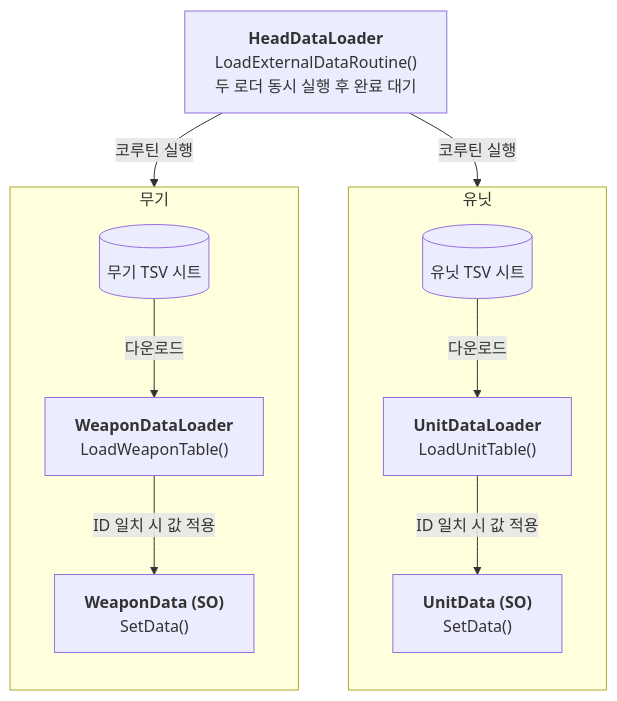
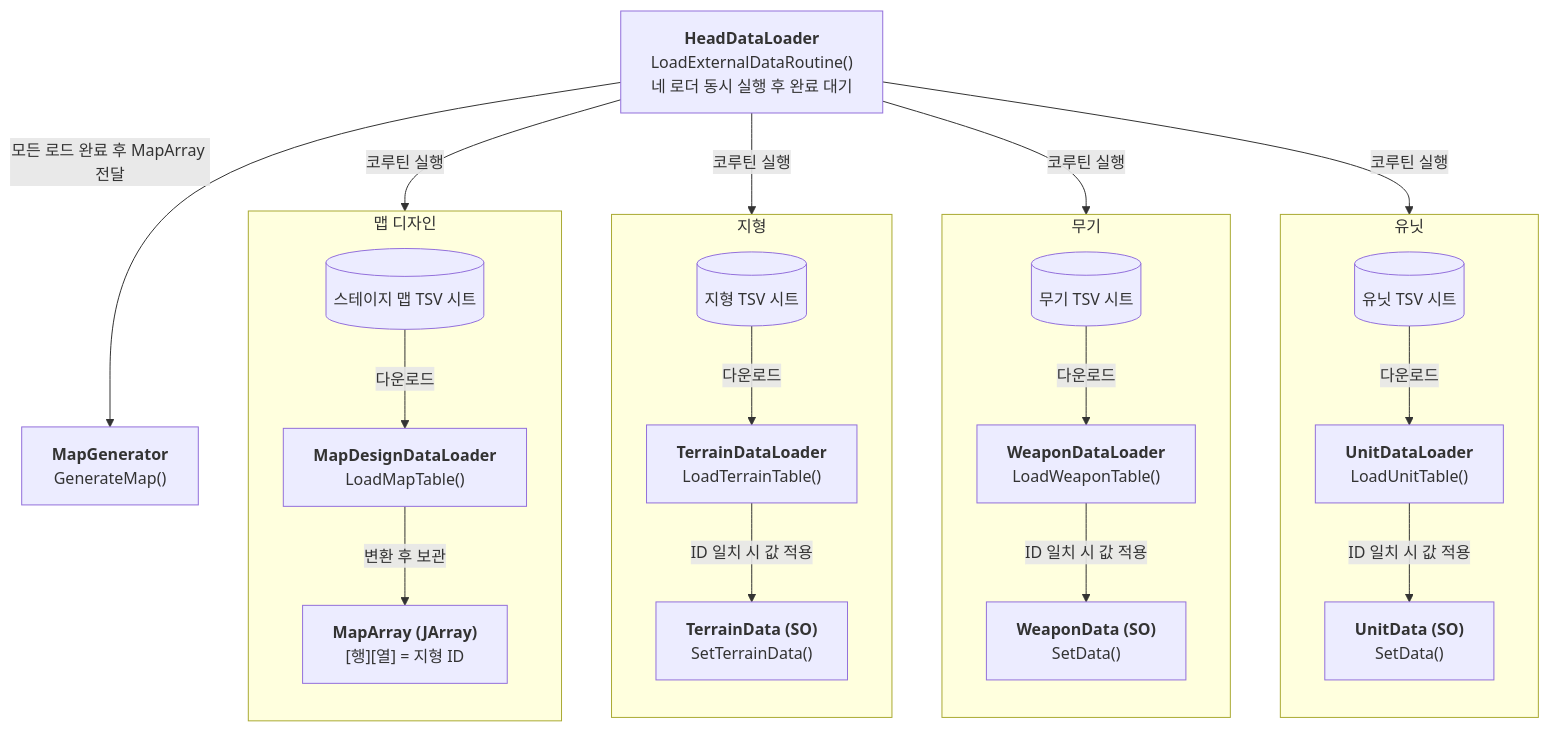
Before and after one commit to jayy5288sk/PersonalProject: the first of 5 diagrams in Docs/ImplementDocs/Diagram.md, drawn with Mermaid. The commit also changed other lines of this file and 3 other files, not shown here.

Commit message:
[Docs] 기술 문서 갱신 및 다이어그램 수정

````diff
--- a/Docs/ImplementDocs/Diagram.md
+++ b/Docs/ImplementDocs/Diagram.md
@@ -8,25 +8,48 @@
 ```mermaid
 flowchart TB
-    Head["<b>HeadDataLoader</b><br/>LoadExternalDataRoutine()<br/>두 로더 동시 실행 후 완료 대기"]
+    Head["<b>HeadDataLoader</b><br/>LoadExternalDataRoutine()<br/>네 로더 동시 실행 후 완료 대기"]
 
     subgraph Unit["유닛"]
         direction TB
         UnitSheet[("유닛 TSV 시트")]
         UnitLoader["<b>UnitDataLoader</b><br/>LoadUnitTable()"]
         UnitSO["<b>UnitData (SO)</b><br/>SetData()"]
         UnitSheet -->|다운로드| UnitLoader
         UnitLoader -->|ID 일치 시 값 적용| UnitSO
     end
 
     subgraph Weapon["무기"]
         direction TB
         WeaponSheet[("무기 TSV 시트")]
         WeaponLoader["<b>WeaponDataLoader</b><br/>LoadWeaponTable()"]
         WeaponSO["<b>WeaponData (SO)</b><br/>SetData()"]
         WeaponSheet -->|다운로드| WeaponLoader
         WeaponLoader -->|ID 일치 시 값 적용| WeaponSO
     end
 
+    subgraph Terrain["지형"]
+        direction TB
+        TerrainSheet[("지형 TSV 시트")]
+        TerrainLoader["<b>TerrainDataLoader</b><br/>LoadTerrainTable()"]
+        TerrainSO["<b>TerrainData (SO)</b><br/>SetTerrainData()"]
+        TerrainSheet -->|다운로드| TerrainLoader
+        TerrainLoader -->|ID 일치 시 값 적용| TerrainSO
+    end
+
+    subgraph Map["맵 디자인"]
+        direction TB
+        MapSheet[("스테이지 맵 TSV 시트")]
+        MapLoader["<b>MapDesignDataLoader</b><br/>LoadMapTable()"]
+        MapArray["<b>MapArray (JArray)</b><br/>[행][열] = 지형 ID"]
+        MapSheet -->|다운로드| MapLoader
+        MapLoader -->|변환 후 보관| MapArray
+    end
+
+    Generator["<b>MapGenerator</b><br/>GenerateMap()"]
+
     Head -->|코루틴 실행| UnitLoader
     Head -->|코루틴 실행| WeaponLoader
+    Head -->|코루틴 실행| TerrainLoader
+    Head -->|코루틴 실행| MapLoader
+    Head -->|모든 로드 완료 후 MapArray 전달| Generator
 ```
````
